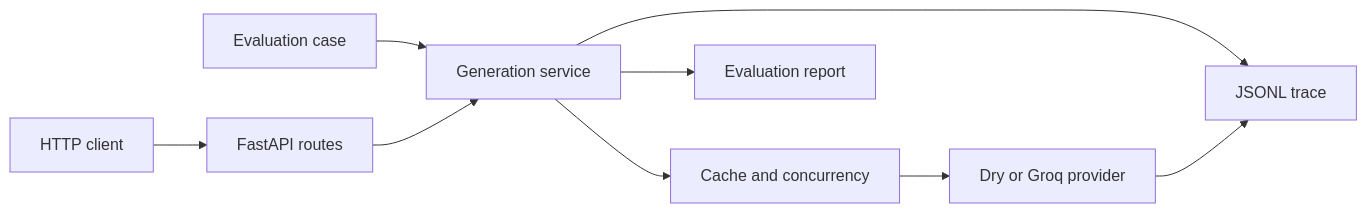
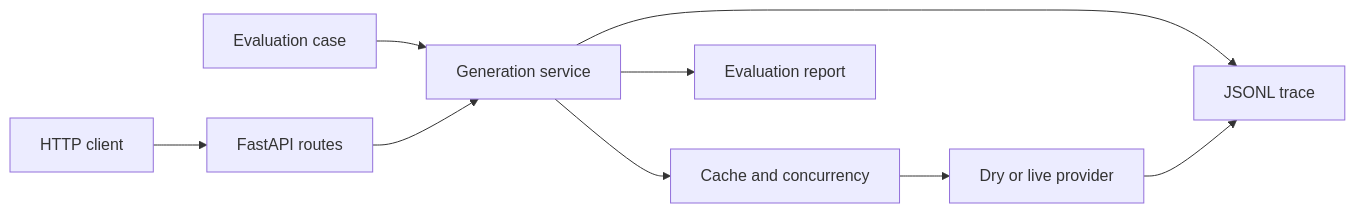
Before and after one commit to Ferid1088/mle-llm-application-deployment-project: the diagram in solution/README.md, drawn with Mermaid. The commit also changed other lines of this file and 8 other files, not shown here.

````diff
--- a/solution/README.md
+++ b/solution/README.md
@@ -21,11 +21,11 @@
 ```mermaid
 flowchart LR
     A["Evaluation case"] --> B["Generation service"]
     H["HTTP client"] --> I["FastAPI routes"]
     I --> B
     B --> C["Cache and concurrency"]
-    C --> D["Dry or Groq provider"]
+    C --> D["Dry or live provider"]
     B --> E["JSONL trace"]
     D --> E
     B --> F["Evaluation report"]
 ```
````
